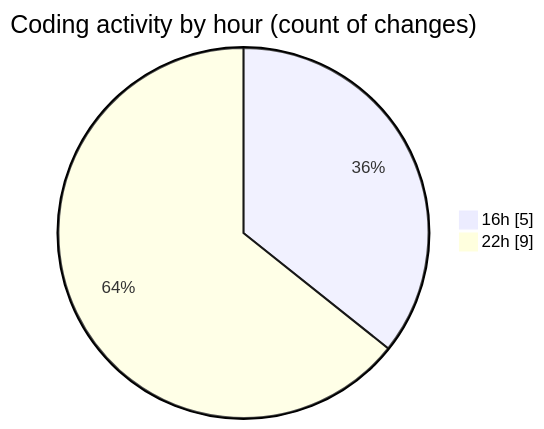
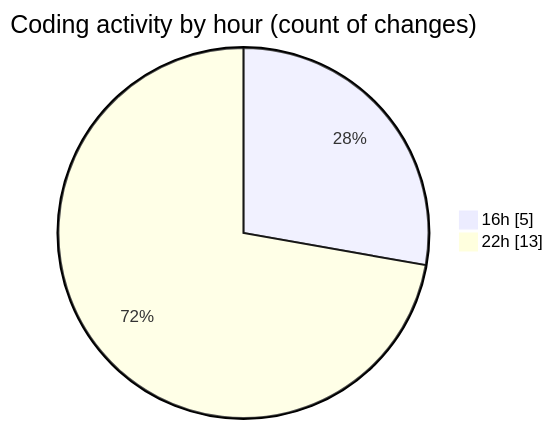
The second of 2 diagrams in 2025-03-18/peregrino-web/README.md (robertbonfada/code-tracking), drawn with Mermaid before and after one commit. The commit also changed other lines of this file and 1 other file, not shown here.

````diff
--- a/2025-03-18/peregrino-web/README.md
+++ b/2025-03-18/peregrino-web/README.md
@@ -33,6 +33,6 @@
 ```mermaid
 pie showData
 title Coding activity by hour (count of changes)
 "16h" : 5
-"22h" : 9
+"22h" : 13
 ```
````
